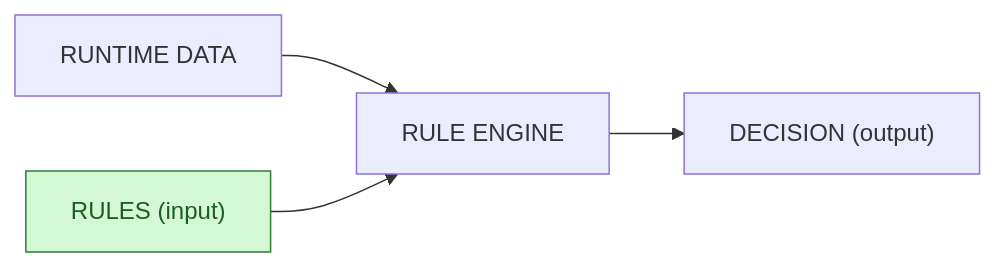
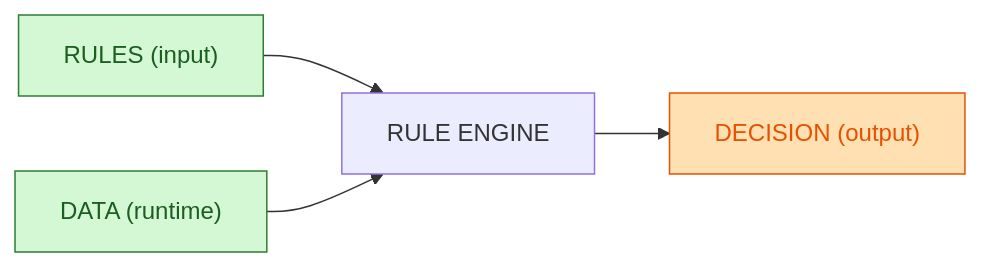
One commit to inskillflow/Travailler-en-IA-ecosysteme-et-opportunites changed the second of 2 diagrams in sdsd.md. Above: the diagram before and after it, drawn with Mermaid. The commit also changed other lines of this file, not shown here.

````diff
--- a/sdsd.md
+++ b/sdsd.md
@@ -33,10 +24,11 @@
 ```mermaid
 flowchart LR
-  RULES["RULES (input)"]; ENGINE["RULE ENGINE"]; DEC["DECISION (output)"];
-  DATA["RUNTIME DATA"] --> ENGINE;
-  RULES --> ENGINE --> DEC;
+  RULES["RULES (input)"] --> ENGINE["RULE ENGINE"] --> DEC["DECISION (output)"];
+  DATA["DATA (runtime)"] --> ENGINE;
 
-  %% Coloring (rules as input)
   classDef input fill:#d4f7d4,stroke:#2e7d32,stroke-width:1px,color:#1b5e20;
+  classDef output fill:#ffe0b2,stroke:#e65100,stroke-width:1px,color:#e65100;
   class RULES input;
+  class DATA input;
+  class DEC output;
 ```
````
